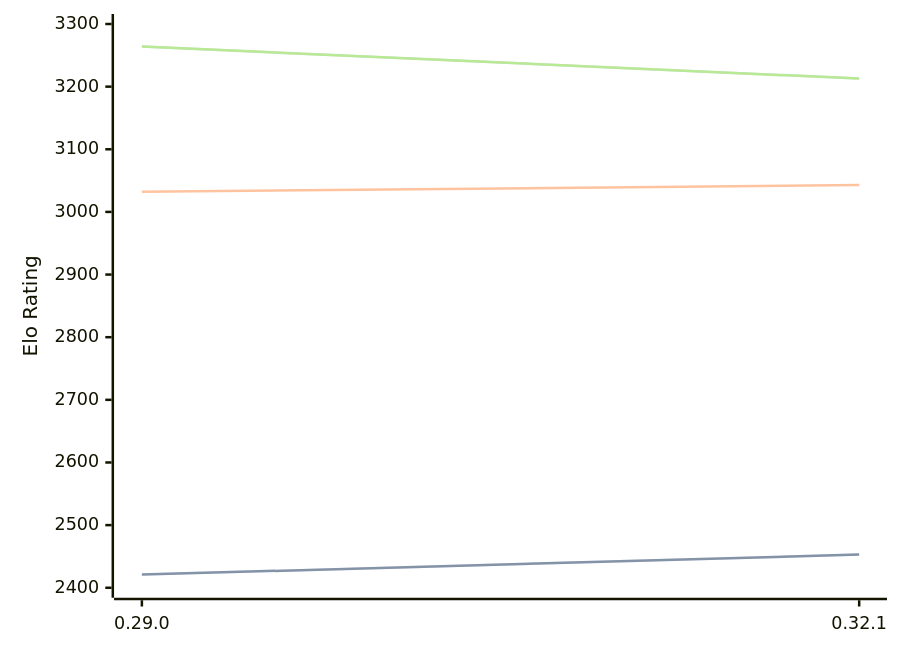
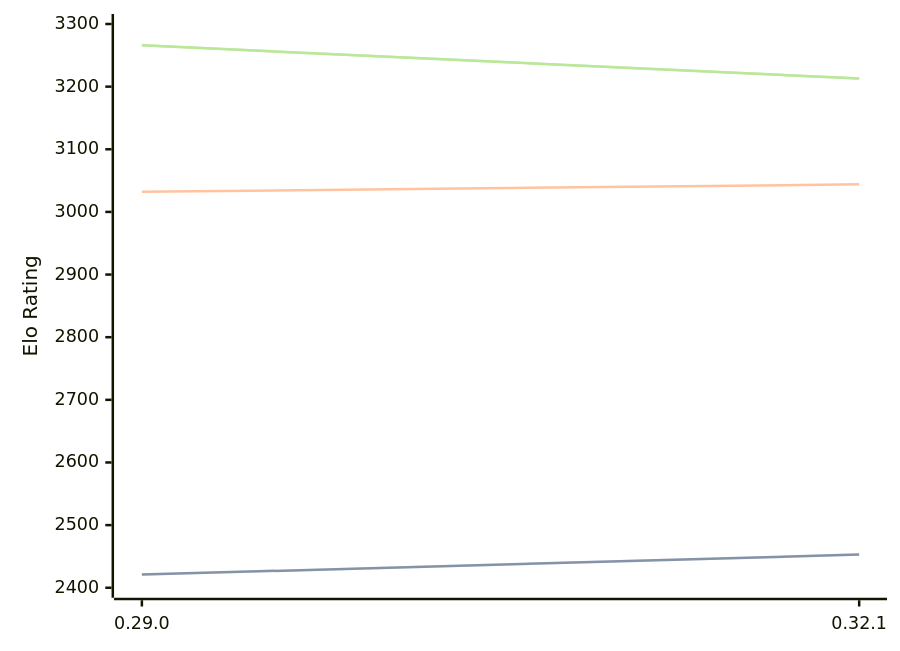
Before and after one commit to computer-chess-index/cci: the diagram in engines/Lc0.md, drawn with Mermaid. The commit also changed other lines of this file, not shown here.

Commit message:
Update CCI Ratings (ELO VLTC) - 2026-04-24

````diff
--- a/engines/Lc0.md
+++ b/engines/Lc0.md
@@ -68,11 +68,11 @@
 ```mermaid
 %%{init: {"theme":"base","themeVariables":{"seriesColors:['#a3a3a3','#222221','#faa371']}}}%%
 xychart-beta
   x-axis ["0.29.0", "0.32.1"]
   y-axis "Elo Rating" 2400 --> 3300
   line "STC (8.0+0.08s)" [2421, 2453]
   line "STC (8.0+0.08s)" [2421, 2453]
-  line "LTC (60.0+0.60s)" [3032, 3043]
-  line "VLTC (2m24s+1.12s)" [3264, 3213]
-  line "VLTC (2m24s+1.12s)" [3264, 3213]
+  line "LTC (60.0+0.60s)" [3032, 3044]
+  line "VLTC (2m24s+1.12s)" [3266, 3213]
+  line "VLTC (2m24s+1.12s)" [3266, 3213]
 ```
````
